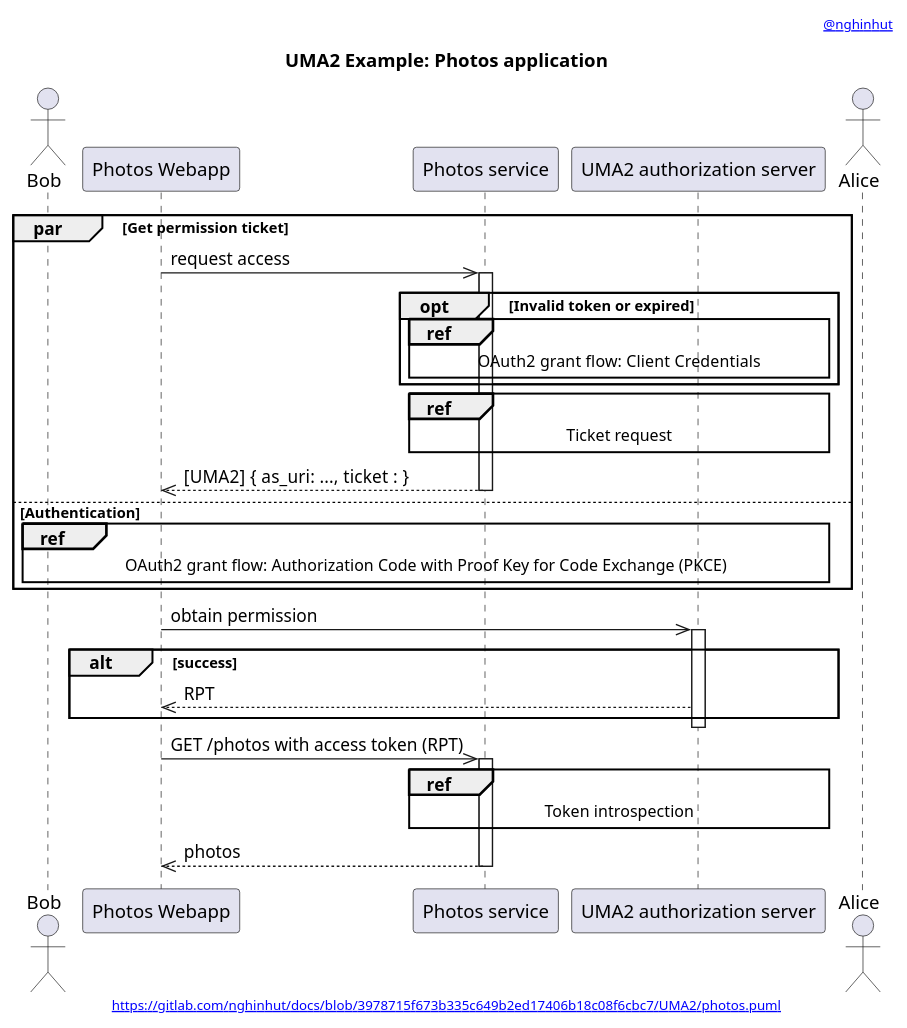
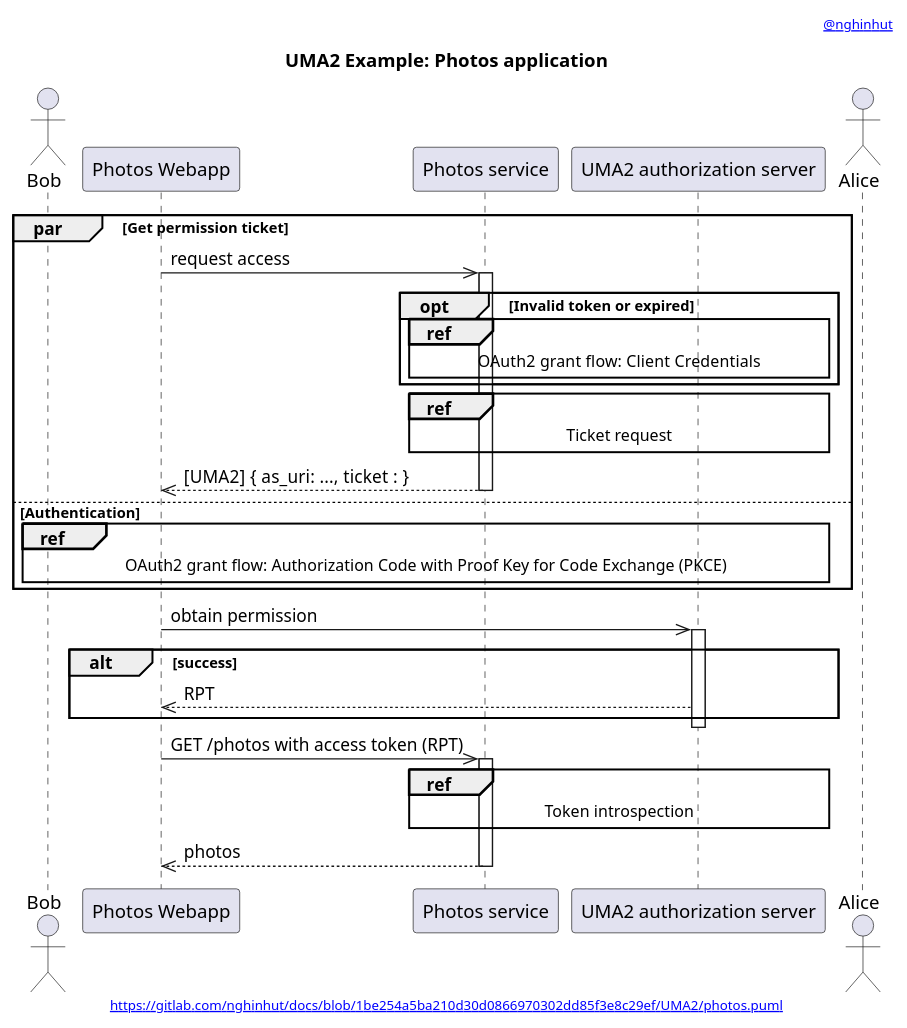
Before and after one commit to nghinhut/docs: the diagram in UMA2/photos.apps.puml, drawn with PlantUML. The commit also changed 22 other files, not shown here.

Commit message:
Update diagrams

```diff
--- a/UMA2/photos.apps.puml
+++ b/UMA2/photos.apps.puml
@@ -1,43 +1,43 @@
 @startuml
 '-----START auto generated metadata please keep comment here to allow auto update-----
 '-----DON'T EDIT THIS SECTION, INSTEAD RE-RUN prebuild.sh TO UPDATE-----
-header [[https://www.nghinhut.dev?from=http%5C%3A%5C%2F%5C%2Fwww%5C.plantuml%5C.com%5C%2Fplantuml%5C%2Fproxy%3Ffmt%3Dsvg%5C%26src%3Dhttps%5C%3A%5C%2F%5C%2Fgitlab%5C.com%5C%2Fnghinhut%5C%2Fdocs%5C%2Fraw%5C%2F3978715f673b335c649b2ed17406b18c08f6cbc7%5C%2FUMA2%5C%2Fphotos%5C.puml%0A @nghinhut]]
-footer [[http://www.plantuml.com/plantuml/proxy?fmt=svg&src=https://gitlab.com/nghinhut/docs/raw/3978715f673b335c649b2ed17406b18c08f6cbc7/UMA2/photos.puml https://gitlab.com/nghinhut/docs/blob/3978715f673b335c649b2ed17406b18c08f6cbc7/UMA2/photos.puml]]
+header [[https://www.nghinhut.dev?from=http%5C%3A%5C%2F%5C%2Fwww%5C.plantuml%5C.com%5C%2Fplantuml%5C%2Fproxy%3Ffmt%3Dsvg%5C%26src%3Dhttps%5C%3A%5C%2F%5C%2Fgitlab%5C.com%5C%2Fnghinhut%5C%2Fdocs%5C%2Fraw%5C%2F1be254a5ba210d30d0866970302dd85f3e8c29ef%5C%2FUMA2%5C%2Fphotos%5C.puml%0A @nghinhut]]
+footer [[http://www.plantuml.com/plantuml/proxy?fmt=svg&src=https://gitlab.com/nghinhut/docs/raw/1be254a5ba210d30d0866970302dd85f3e8c29ef/UMA2/photos.puml https://gitlab.com/nghinhut/docs/blob/1be254a5ba210d30d0866970302dd85f3e8c29ef/UMA2/photos.puml]]
 '-----END auto generated metadata please keep comment here to allow auto update-----
 title UMA2 Example: Photos application
 
 actor "Bob" as rp
 participant "Photos Webapp" as client
 participant "Photos service" as rs
 participant "UMA2 authorization server" as as
 actor "Alice" as ro
 
 par Get permission ticket
     client ->> rs : request access
     activate rs
 
     opt Invalid token or expired
         ref over rs, as : OAuth2 grant flow: Client  Credentials
     end
 
     ref over rs, as : Ticket request
 
     client <<-- rs : [UMA2] { as_uri: ...,  ticket : }
     deactivate rs
 else Authentication
     ref over rp, as : OAuth2 grant flow: Authorization Code with Proof Key for Code Exchange (PKCE)
 end
 
 client ->> as : obtain permission
 activate as
 alt success
 client <<-- as : RPT
 end
 deactivate as
 
 client ->> rs : GET /photos with access token (RPT)
 activate rs
 ref over rs, as : Token introspection
 client <<-- rs : photos
 deactivate rs
 @enduml
```
